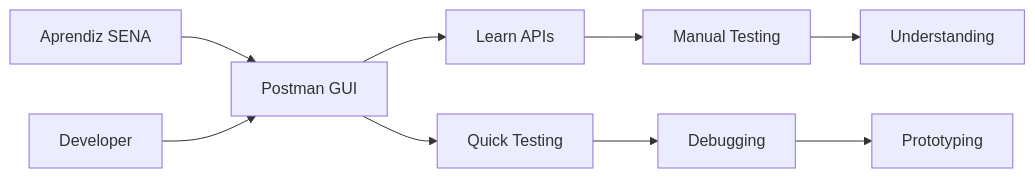
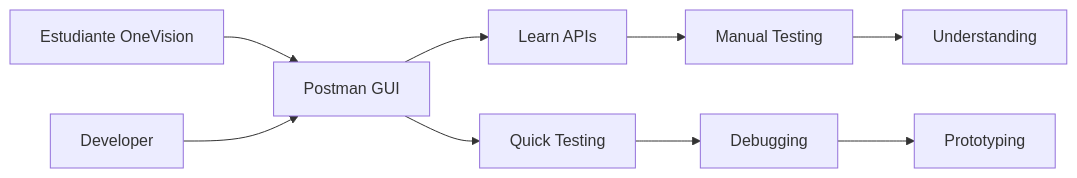
The first of 2 diagrams in _docs/reportes/POSTMAN_VS_CICD_ANALISIS_ESTRATEGICO.md (elparchetipk/sicora-app), drawn with Mermaid before and after one commit. The commit also changed other lines of this file and 55 other files, not shown here.

First line of the commit message:
🏢 Complete migration from SENA to OneVision Open Source

````diff
--- a/_docs/reportes/POSTMAN_VS_CICD_ANALISIS_ESTRATEGICO.md
+++ b/_docs/reportes/POSTMAN_VS_CICD_ANALISIS_ESTRATEGICO.md
@@ -104,12 +104,12 @@
 ```mermaid
 graph LR
-    A[Aprendiz SENA] --> B[Postman GUI]
+    A[Estudiante OneVision] --> B[Postman GUI]
     B --> C[Learn APIs]
     C --> D[Manual Testing]
     D --> E[Understanding]
 
     F[Developer] --> B
     B --> G[Quick Testing]
     G --> H[Debugging]
     H --> I[Prototyping]
 ```
````
